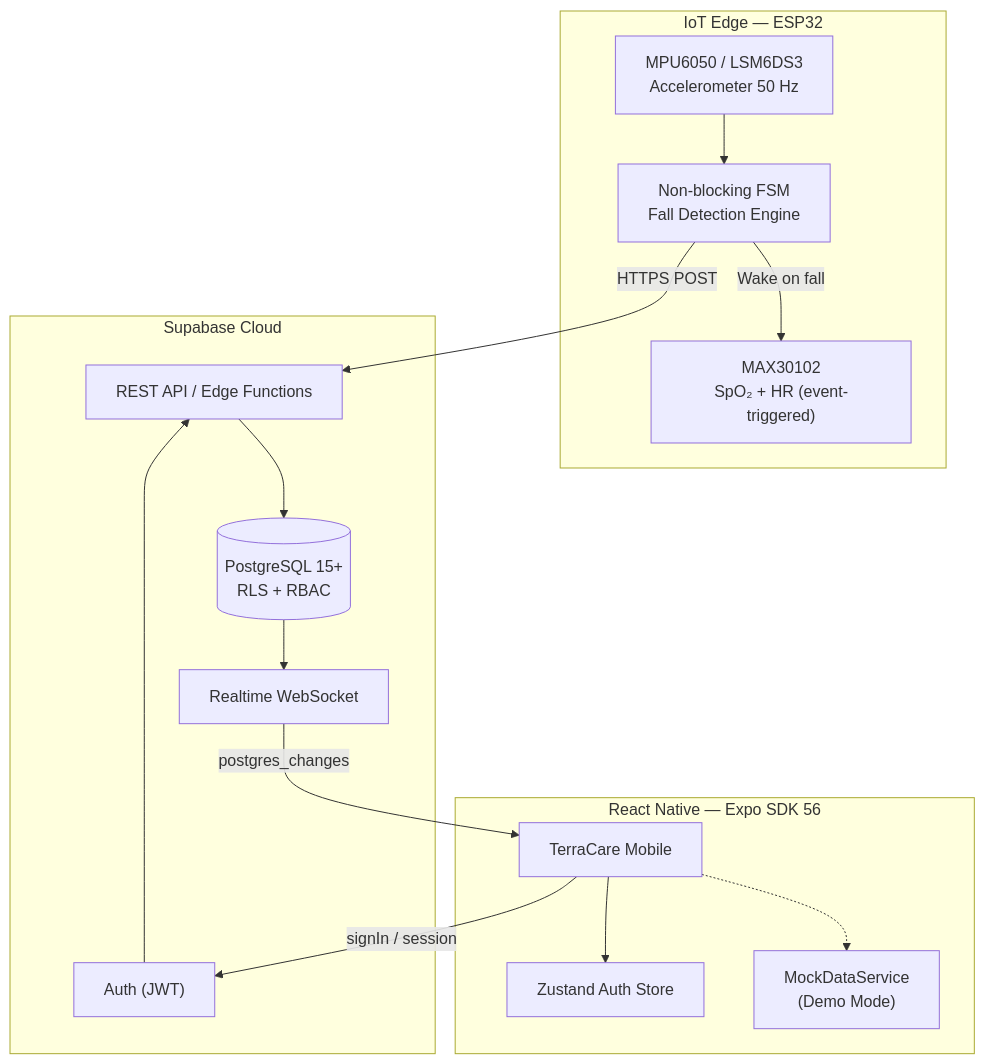
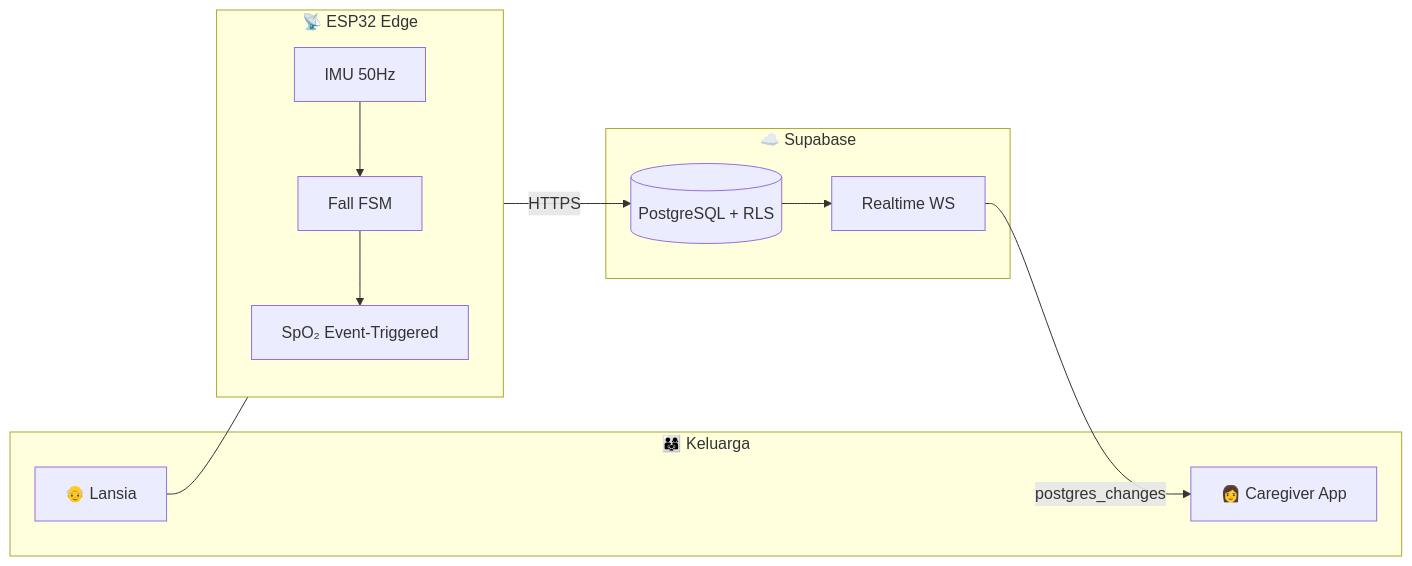
Before and after one commit to valdomuhammaddd/Terracare: the diagram in README.md, drawn with Mermaid. The commit also changed other lines of this file and 20 other files, not shown here.

````diff
--- a/README.md
+++ b/README.md
@@ -145,32 +147,24 @@
 ```mermaid
-flowchart TB
-    subgraph Edge["IoT Edge — ESP32"]
-        IMU["MPU6050 / LSM6DS3<br/>Accelerometer 50 Hz"]
-        PPG["MAX30102<br/>SpO₂ + HR (event-triggered)"]
-        FSM["Non-blocking FSM<br/>Fall Detection Engine"]
-        IMU --> FSM
-        FSM -->|"Wake on fall"| PPG
+flowchart LR
+    subgraph Keluarga["👨‍👩‍👧 Keluarga"]
+        LAN["👴 Lansia"]
+        CG["👩 Caregiver App"]
     end
 
-    subgraph Cloud["Supabase Cloud"]
-        REST["REST API / Edge Functions"]
-        PG[("PostgreSQL 15+<br/>RLS + RBAC")]
-        RT["Realtime WebSocket"]
-        AUTH["Auth (JWT)"]
-        REST --> PG
-        PG --> RT
-        AUTH --> REST
+    subgraph Edge["📡 ESP32 Edge"]
+        IMU["IMU 50Hz"]
+        PPG["SpO₂ Event-Triggered"]
+        FSM["Fall FSM"]
+        IMU --> FSM --> PPG
     end
 
-    subgraph Mobile["React Native — Expo SDK 56"]
-        APP["TerraCare Mobile"]
-        ZST["Zustand Auth Store"]
-        DEMO["MockDataService<br/>(Demo Mode)"]
-        APP --> ZST
-        APP -.-> DEMO
+    subgraph Cloud["☁️ Supabase"]
+        PG[("PostgreSQL + RLS")]
+        RT["Realtime WS"]
+        PG --> RT
     end
 
-    FSM -->|"HTTPS POST"| REST
-    RT -->|"postgres_changes"| APP
-    APP -->|"signIn / session"| AUTH
+    LAN --- Edge
+    Edge -->|"HTTPS"| PG
+    RT -->|"postgres_changes"| CG
 ```
````
